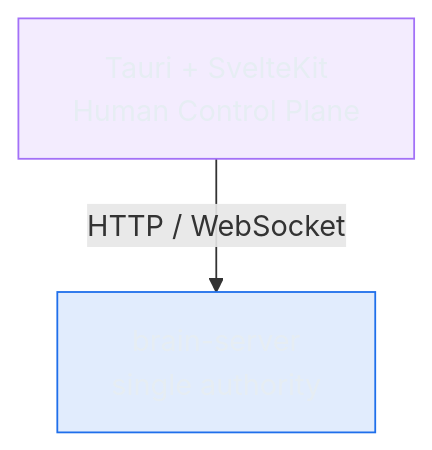
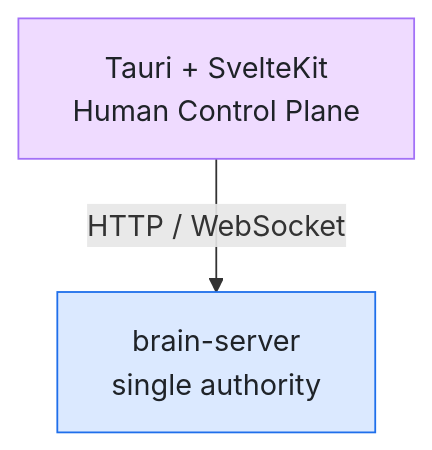
Before and after one commit to markfietje/brain-server: the second of 4 diagrams in README.md, drawn with Mermaid. The commit also changed other lines of this file, not shown here.

Commit message:
docs: fix README mermaid node text — opaque light fills + dark fg for light-mode legibility

````diff
--- a/README.md
+++ b/README.md
@@ -201,10 +201,10 @@
 ```mermaid
 flowchart TD
     GUI["Tauri + SvelteKit<br/>Human Control Plane"]
     GUI -->|"HTTP / WebSocket"| Server["brain-server<br/>single authority"]
 
-    classDef gui fill:#a371f722,stroke:#a371f7,color:#e6edf3
-    classDef srv fill:#1f6feb22,stroke:#1f6feb,color:#e6edf3
+    classDef gui fill:#efdbff,stroke:#a371f7,color:#1f2328
+    classDef srv fill:#dbe9ff,stroke:#1f6feb,color:#1f2328
     class GUI gui
     class Server srv
 ```
````
